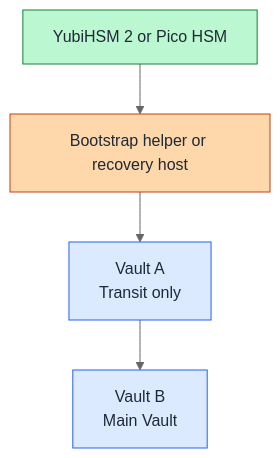
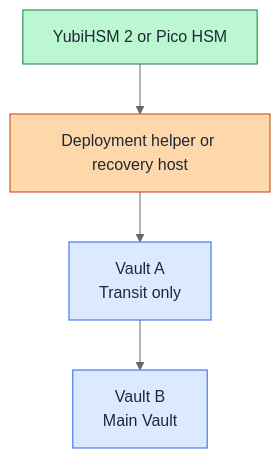
One commit to Rexus/homelab changed the diagram in docs/security/vault-hsm-hardening-options.md. Above: the diagram before and after it, drawn with Mermaid (neutral theme). The commit also changed other lines of this file and 35 other files, not shown here.

````diff
--- a/docs/security/vault-hsm-hardening-options.md
+++ b/docs/security/vault-hsm-hardening-options.md
@@ -87,19 +87,19 @@
 ```mermaid
 flowchart TD
   HSM[YubiHSM 2 or Pico HSM]
-  Helper[Bootstrap helper or recovery host]
+  Helper[Deployment helper or recovery host]
   VaultA[Vault A<br/>Transit only]
   VaultB[Vault B<br/>Main Vault]
 
   HSM --> Helper
   Helper --> VaultA
   VaultA --> VaultB
 
   classDef hsmNode fill:#bbf7d0,stroke:#15803d,color:#1f2937
   classDef mgmtNode fill:#fed7aa,stroke:#c2410c,color:#1f2937
   classDef vaultNode fill:#dbeafe,stroke:#2563eb,color:#1f2937
 
   class HSM hsmNode
   class Helper mgmtNode
   class VaultA,VaultB vaultNode
 ```
````
